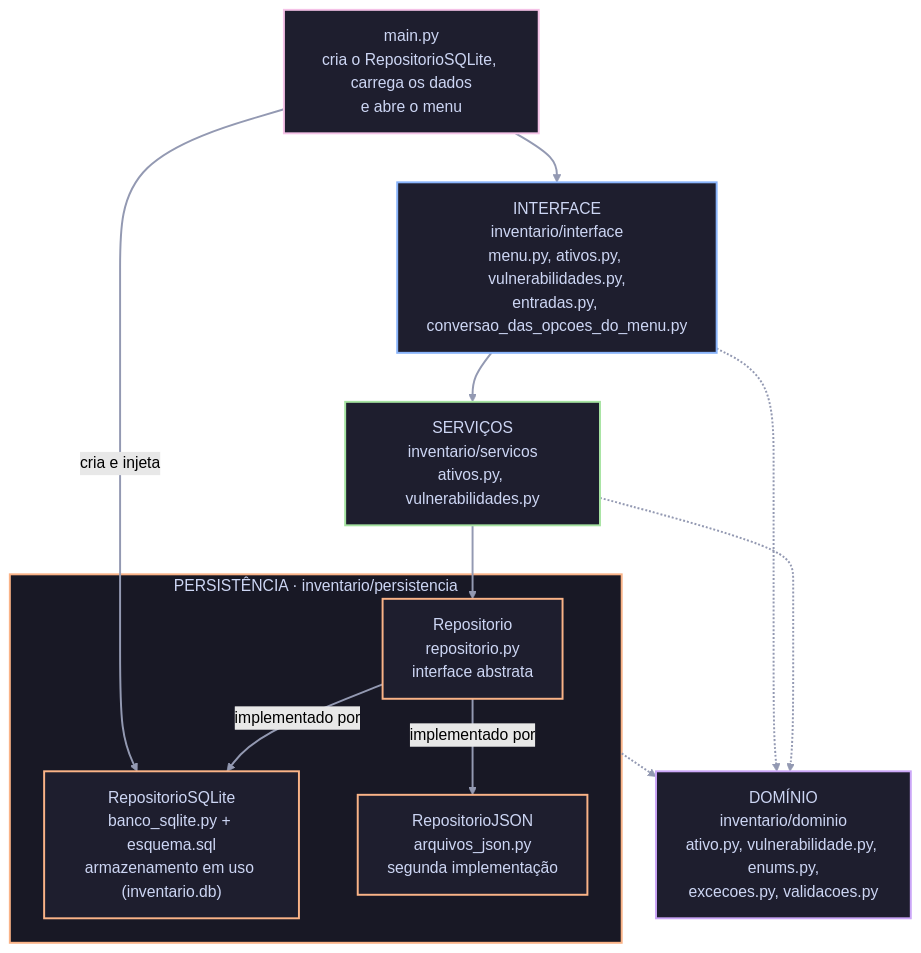
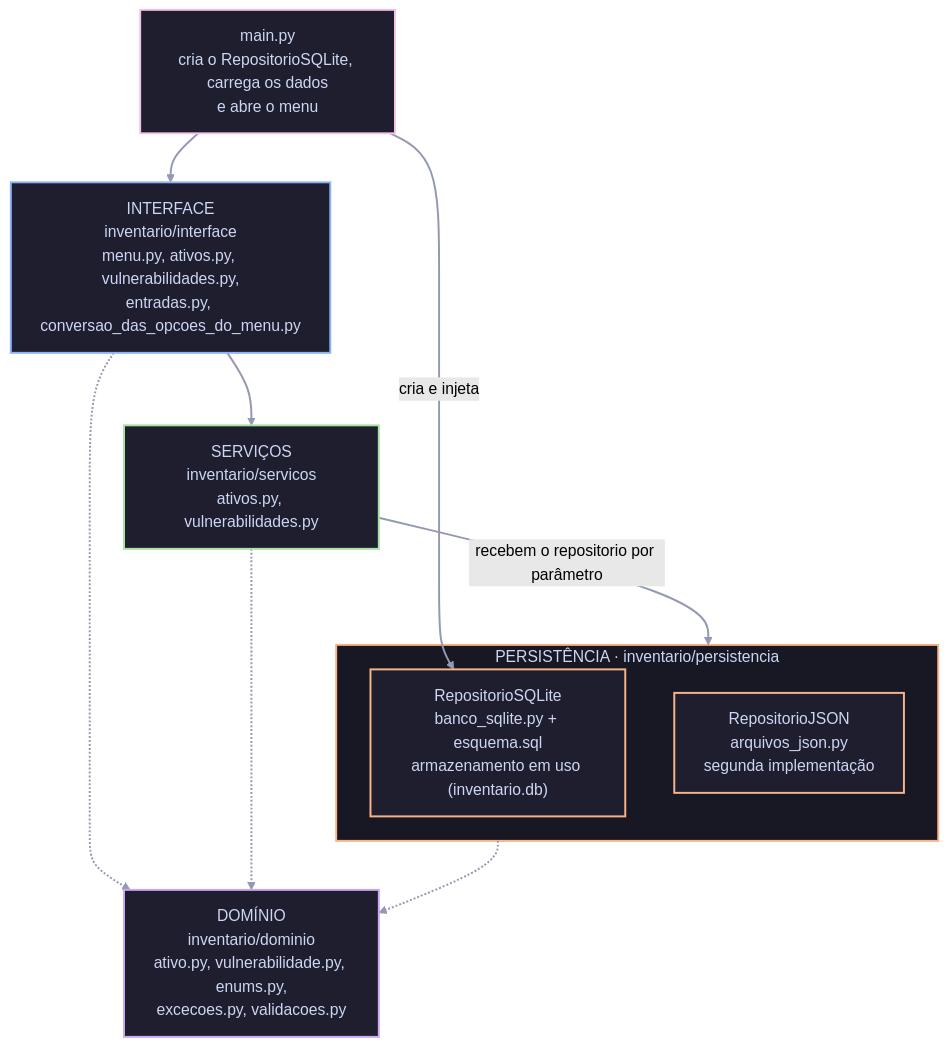
The diagram in docs/README.pt-br.md (cadulugaresi/trab02_2026_2_12621cbs211), drawn with Mermaid (forest theme) before and after one commit. The commit also changed other lines of this file and 3 other files, not shown here.

Commit message:
docs: atualiza a documentação após remover a classe abstrata Repositorio

````diff
--- a/docs/README.pt-br.md
+++ b/docs/README.pt-br.md
@@ -58,37 +58,34 @@
 ```mermaid
 flowchart TD
     main["main.py<br/>cria o RepositorioSQLite, carrega os dados<br/>e abre o menu"]
     interface["INTERFACE<br/>inventario/interface<br/>menu.py, ativos.py, vulnerabilidades.py,<br/>entradas.py, conversao_das_opcoes_do_menu.py"]
     servicos["SERVIÇOS<br/>inventario/servicos<br/>ativos.py, vulnerabilidades.py"]
     subgraph persistencia["PERSISTÊNCIA · inventario/persistencia"]
-        repositorio["Repositorio<br/>repositorio.py<br/>interface abstrata"]
         repositorioSQLite["RepositorioSQLite<br/>banco_sqlite.py + esquema.sql<br/>armazenamento em uso (inventario.db)"]
         repositorioJSON["RepositorioJSON<br/>arquivos_json.py<br/>segunda implementação"]
     end
     dominio["DOMÍNIO<br/>inventario/dominio<br/>ativo.py, vulnerabilidade.py, enums.py,<br/>excecoes.py, validacoes.py"]
 
     main --> interface
     main -->|cria e injeta| repositorioSQLite
     interface --> servicos
-    servicos --> repositorio
-    repositorio -->|implementado por| repositorioSQLite
-    repositorio -->|implementado por| repositorioJSON
+    servicos -->|recebem o repositorio por parâmetro| persistencia
     interface -.-> dominio
     servicos -.-> dominio
     persistencia -.-> dominio
 
     classDef corMain fill:#1e1e2e,stroke:#f5c2e7,stroke-width:2px,color:#cdd6f4
     classDef corInterface fill:#1e1e2e,stroke:#89b4fa,stroke-width:2px,color:#cdd6f4
     classDef corServicos fill:#1e1e2e,stroke:#a6e3a1,stroke-width:2px,color:#cdd6f4
     classDef corPersistencia fill:#1e1e2e,stroke:#fab387,stroke-width:2px,color:#cdd6f4
     classDef corDominio fill:#1e1e2e,stroke:#cba6f7,stroke-width:2px,color:#cdd6f4
 
     class main corMain
     class interface corInterface
     class servicos corServicos
-    class repositorio,repositorioSQLite,repositorioJSON corPersistencia
+    class repositorioSQLite,repositorioJSON corPersistencia
     class dominio corDominio
     style persistencia fill:#181825,stroke:#fab387,stroke-width:2px,color:#cdd6f4
 
     linkStyle default stroke:#9399b2,stroke-width:2px
 ```
````
